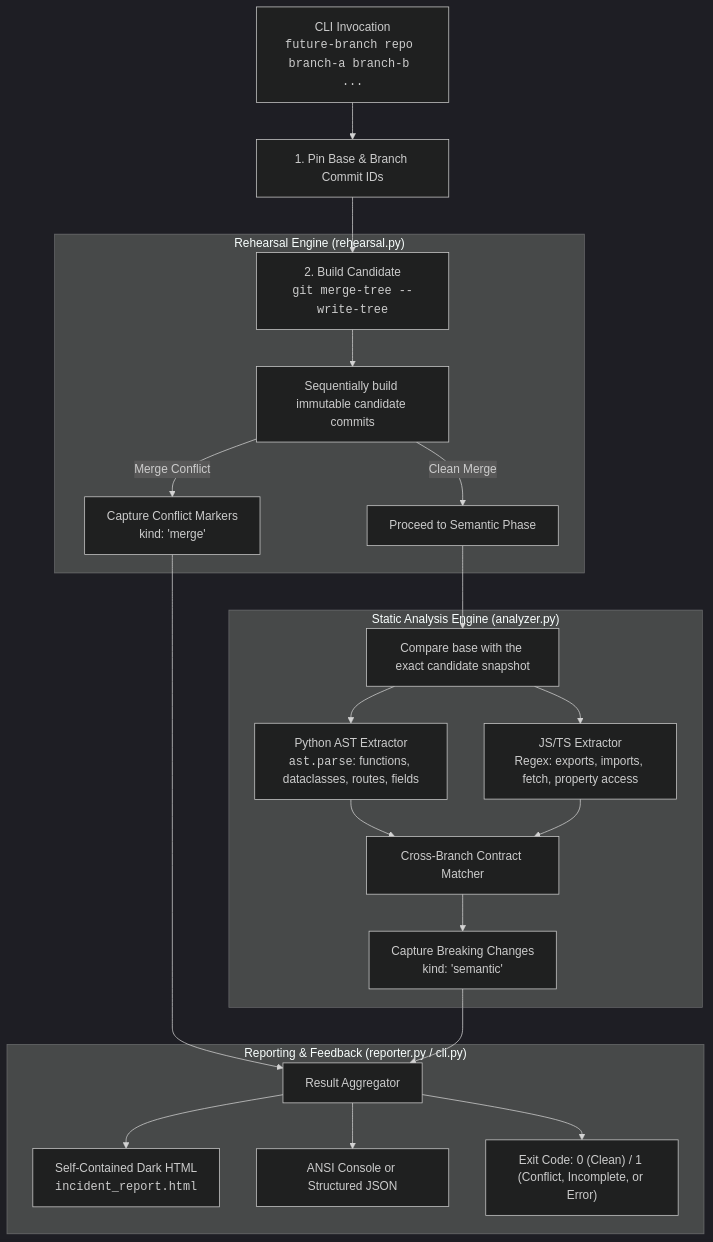
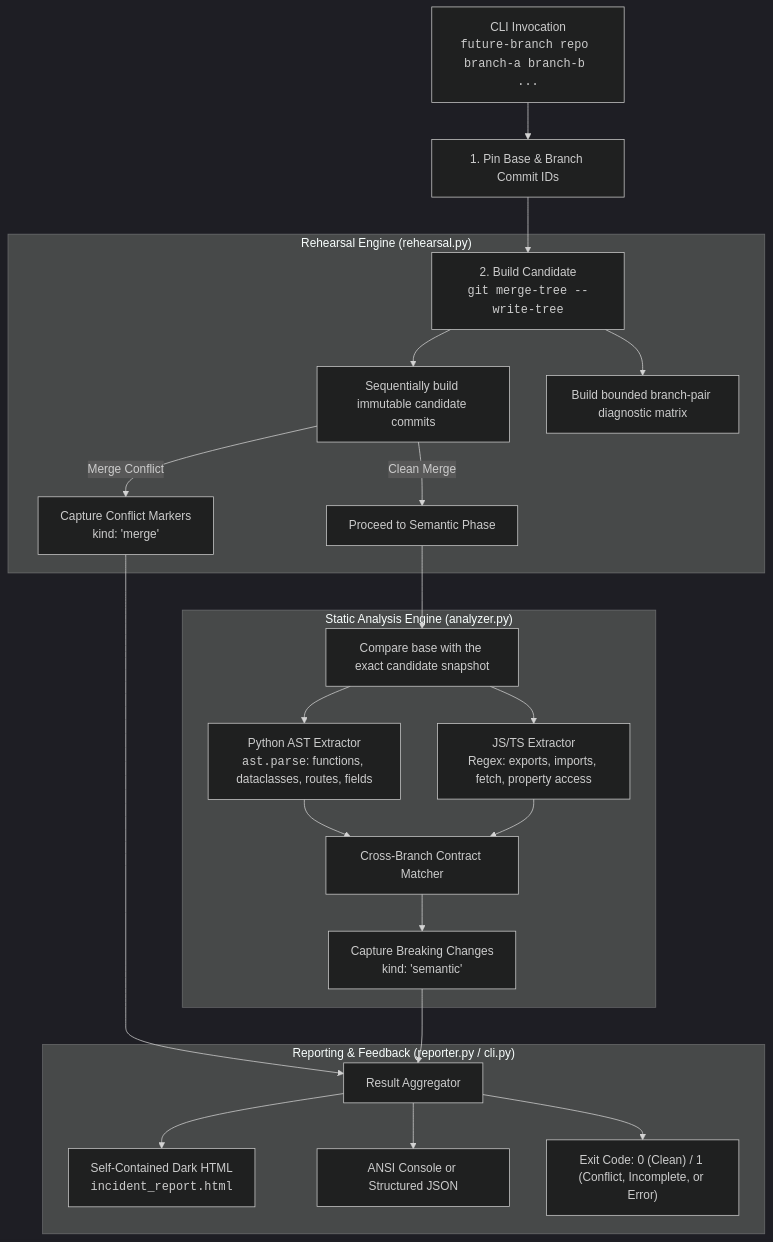
Before and after one commit to Paramount50/Future-branch: the diagram in docs/architecture.md, drawn with Mermaid (dark theme). The commit also changed other lines of this file and 7 other files, not shown here.

Commit message:
Add bounded pairwise merge diagnostics

````diff
--- a/docs/architecture.md
+++ b/docs/architecture.md
@@ -30,29 +30,30 @@
 ```mermaid
 flowchart TD
     CLI["CLI Invocation<br><code>future-branch repo branch-a branch-b ...</code>"] --> Snapshot["1. Pin Base & Branch Commit IDs"]
     Snapshot --> MergeTree["2. Build Candidate<br><code>git merge-tree --write-tree</code>"]
     
     subgraph RehearsalPhase ["Rehearsal Engine (rehearsal.py)"]
         MergeTree --> SeqMerge["Sequentially build immutable candidate commits"]
+        MergeTree --> Pairwise["Build bounded branch-pair diagnostic matrix"]
         SeqMerge -->|Merge Conflict| TextualConflict["Capture Conflict Markers<br>kind: 'merge'"]
         SeqMerge -->|Clean Merge| CleanMerge["Proceed to Semantic Phase"]
     end
     
     subgraph AnalyzerPhase ["Static Analysis Engine (analyzer.py)"]
         CleanMerge --> ASTDiff["Compare base with the exact candidate snapshot"]
         ASTDiff --> PyExtractor["Python AST Extractor<br><code>ast.parse</code>: functions, dataclasses, routes, fields"]
         ASTDiff --> JSExtractor["JS/TS Extractor<br>Regex: exports, imports, fetch, property access"]
         PyExtractor --> CrossMatcher["Cross-Branch Contract Matcher"]
         JSExtractor --> CrossMatcher
         CrossMatcher --> SemanticConflict["Capture Breaking Changes<br>kind: 'semantic'"]
     end
 
     TextualConflict --> Aggregator["Result Aggregator"]
     SemanticConflict --> Aggregator
     
     subgraph OutputPhase ["Reporting & Feedback (reporter.py / cli.py)"]
         Aggregator --> HTMLReport["Self-Contained Dark HTML<br><code>incident_report.html</code>"]
         Aggregator --> Terminal["ANSI Console or Structured JSON"]
         Aggregator --> ExitCode["Exit Code: 0 (Clean) / 1 (Conflict, Incomplete, or Error)"]
     end
 ```
````
